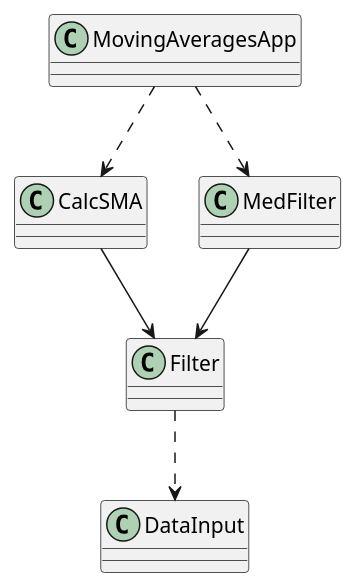
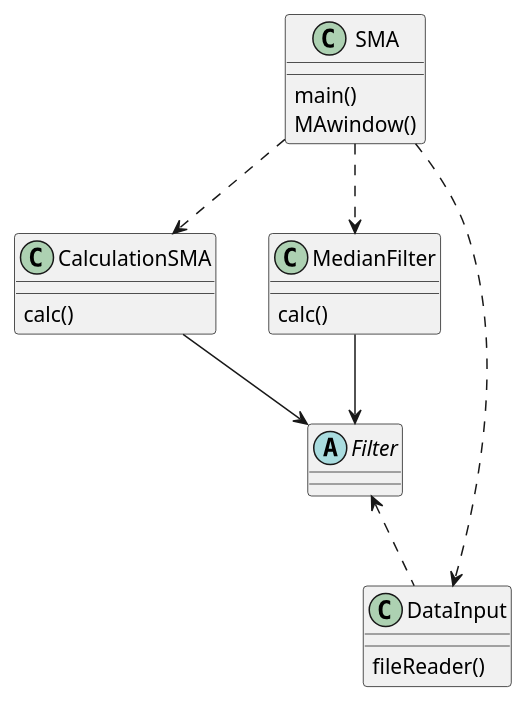
One commit to Aneryd/SMA__ changed the diagram in src/main/java/diagramm.puml. Above: the diagram before and after it, drawn with PlantUML. The commit also changed 6 other files, not shown here.

Commit message:
Добавлена диаграмма классов

```diff
--- a/src/main/java/diagramm.puml
+++ b/src/main/java/diagramm.puml
@@ -1,11 +1,18 @@
 @startuml
 'https://plantuml.com/sequence-diagram
 
 'file.txt -- MovingAveragesApp
-MovingAveragesApp ..> CalcSMA
-CalcSMA --> Filter
-MovingAveragesApp ..> MedFilter
-MedFilter --> Filter
-Filter ..> DataInput
+abstract Filter
+SMA ..> CalculationSMA
+SMA ..> DataInput
+SMA : main()
+SMA : MAwindow()
+CalculationSMA --> Filter
+CalculationSMA : calc()
+SMA ..> MedianFilter
+MedianFilter --> Filter
+MedianFilter : calc()
+Filter <.. DataInput
+DataInput : fileReader()
 
 @enduml
```
